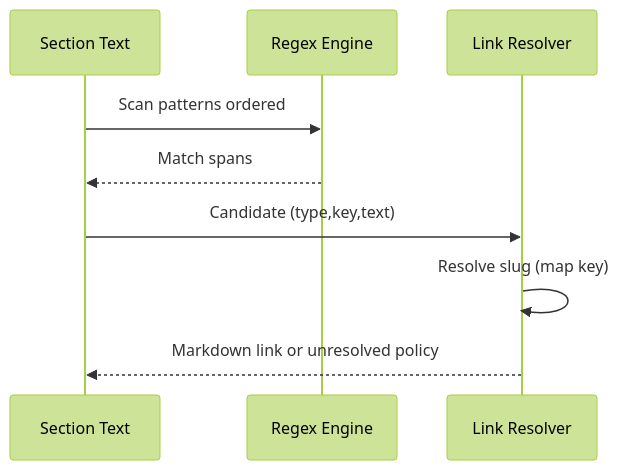
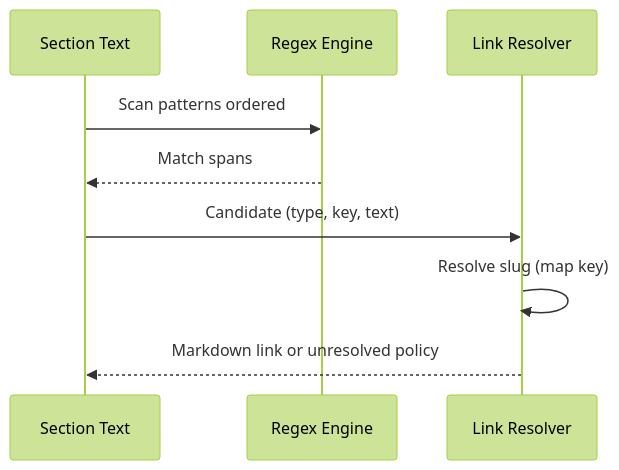
The fifth of 5 diagrams in doc/design.md (FBakkensen/bc-automated-tests-doc), drawn with Mermaid (forest theme) before and after one commit. The commit also changed other lines of this file and 7 other files, not shown here.

````diff
--- a/doc/design.md
+++ b/doc/design.md
@@ -226,11 +289,11 @@
 ```mermaid
 sequenceDiagram
   participant S as Section Text
   participant R as Regex Engine
   participant L as Link Resolver
   S->>R: Scan patterns ordered
   R-->>S: Match spans
-  S->>L: Candidate (type,key,text)
+  S->>L: Candidate (type, key, text)
   L->>L: Resolve slug (map key)
   L-->>S: Markdown link or unresolved policy
 ```
````
